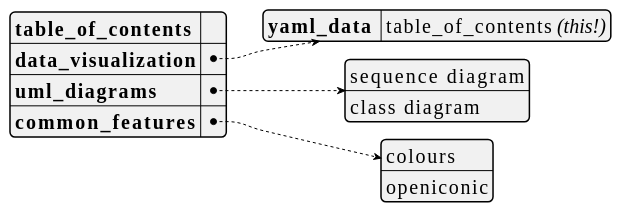
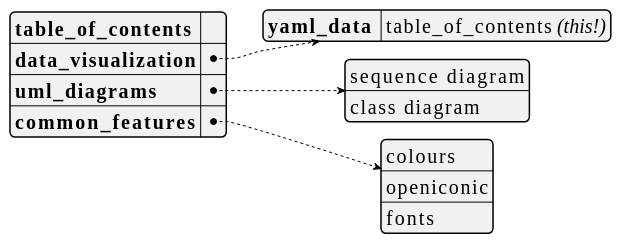
One commit to dragondive/heavens-arena changed the first of 12 diagrams in plantuml_demo.md. Above: the diagram before and after it, drawn with PlantUML. The commit also changed other lines of this file, not shown here.

Commit message:
added demo: fonts

````diff
--- a/plantuml_demo.md
+++ b/plantuml_demo.md
@@ -26,32 +26,33 @@
 ```plantuml
 @startyaml
 <style>
 yamlDiagram {
     node {
         ' use a constant width font because that's what developers do.
         FontName Consolas
         FontSize 20
     }
 }
 </style>
 
 /'TODO:
 It would be cool to hyperlink the entries in the table_of_contents to the
 respective section in the document. Not only would it further accentuate the
 [Medium Awareness](https://tvtropes.org/pmwiki/pmwiki.php/Main/MediumAwareness)
 of this yaml document, but also augment the
 [Anachronic Order](https://tvtropes.org/pmwiki/pmwiki.php/Main/AnachronicOrder)
 of the outer markdown document.
 '/
 
 **table_of_contents**: ""  /' workaround: empty string here to avoid dummy link '/
 data_visualization:
     yaml_data : table_of_contents //(this!)//
 uml_diagrams:
     - sequence diagram
     - class diagram
 common_features:
     - colours
     - openiconic
+    - fonts
 @endyaml
 ```
````
